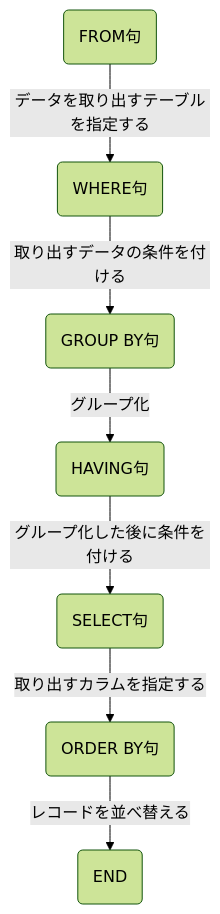
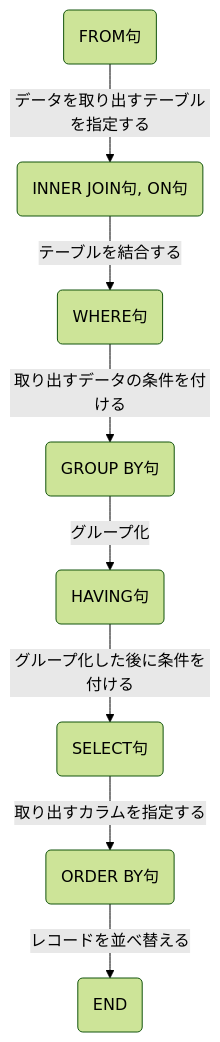
Before and after one commit to aew2sbee/zenn: the diagram in books/basic-postgresql/free-trivia.md, drawn with Mermaid (forest theme). The commit also changed other lines of this file and 5 other files, not shown here.

````diff
--- a/books/basic-postgresql/free-trivia.md
+++ b/books/basic-postgresql/free-trivia.md
@@ -29,9 +29,10 @@
 ```mermaid
 graph TB
-    A(FROM句) --> |データを取り出すテーブルを指定する| B(WHERE句)
-    B --> |取り出すデータの条件を付ける| C(GROUP BY句)
-    C --> |グループ化| D(HAVING句)
-    D --> |グループ化した後に条件を付ける| E(SELECT句)　
-    E --> |取り出すカラムを指定する| F(ORDER BY句)
-    F --> |レコードを並べ替える| H(END)
+    A(FROM句) --> |データを取り出すテーブルを指定する| B(INNER JOIN句, ON句)
+    B --> |テーブルを結合する| C(WHERE句)
+    C --> |取り出すデータの条件を付ける| D(GROUP BY句)
+    D --> |グループ化| E(HAVING句)
+    E --> |グループ化した後に条件を付ける| F(SELECT句)
+    F --> |取り出すカラムを指定する| G(ORDER BY句)　
+    G --> |レコードを並べ替える| H(END)
 ```
````
